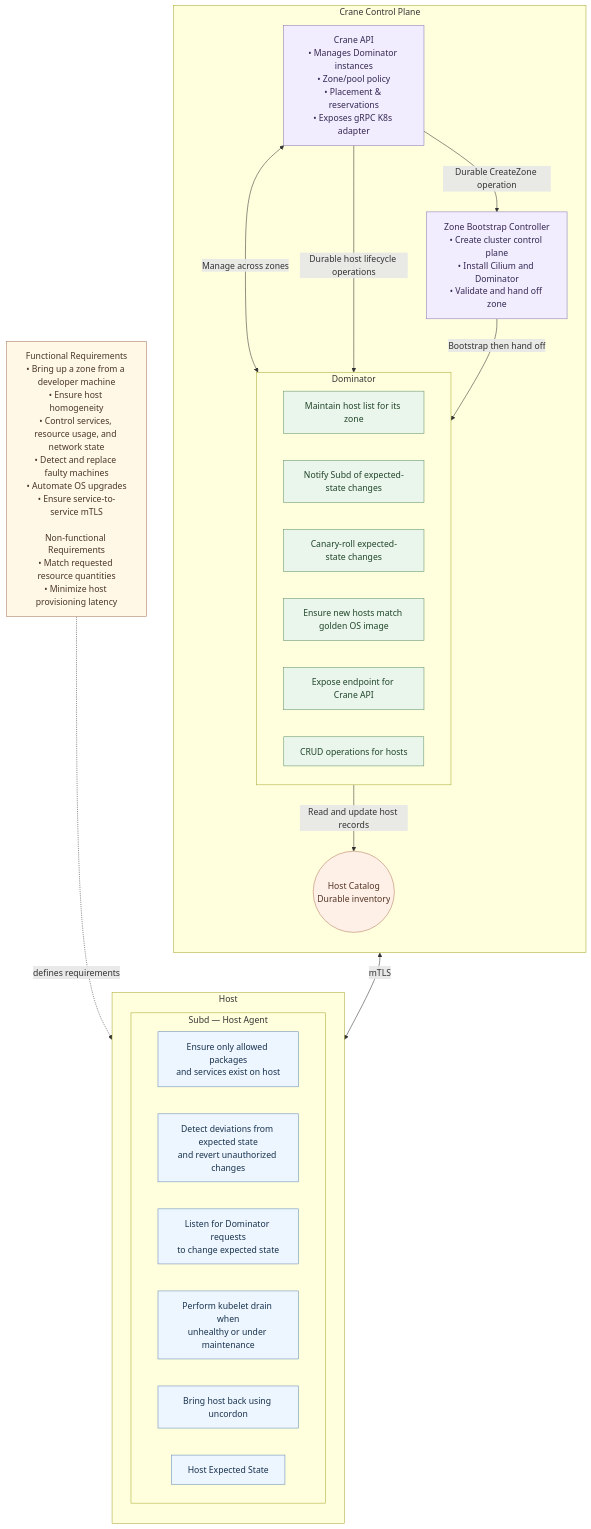
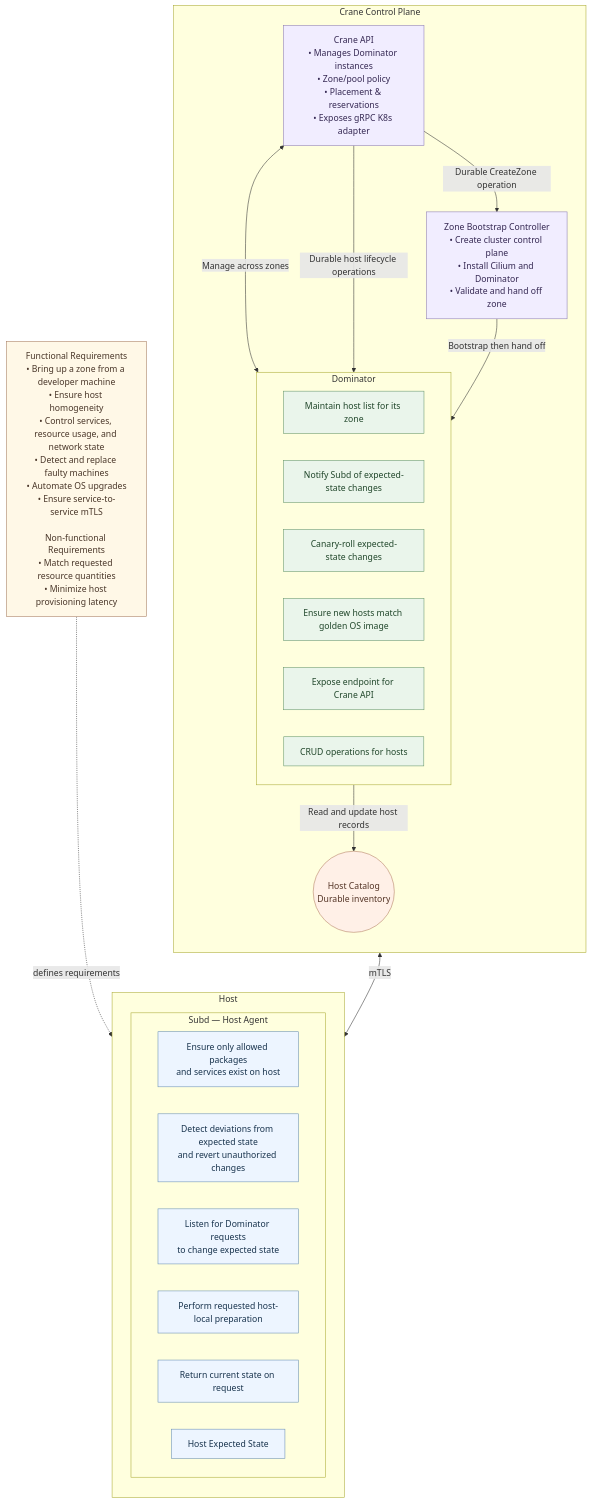
One commit to nabutabu/crane-oss changed the diagram in docs/implementation-plan.md. Above: the diagram before and after it, drawn with Mermaid. The commit also changed other lines of this file and 17 other files, not shown here.

Commit message:
feat(subd): serve request-driven host state over private mTLS

````diff
--- a/docs/implementation-plan.md
+++ b/docs/implementation-plan.md
@@ -15,54 +15,54 @@
 ```mermaid
 flowchart TB
     REQ["Functional Requirements<br/>• Bring up a zone from a developer machine<br/>• Ensure host homogeneity<br/>• Control services, resource usage, and network state<br/>• Detect and replace faulty machines<br/>• Automate OS upgrades<br/>• Ensure service-to-service mTLS<br/><br/>Non-functional Requirements<br/>• Match requested resource quantities<br/>• Minimize host provisioning latency"]
 
     subgraph HOST["Host"]
         direction TB
         subgraph SUBD["Subd — Host Agent"]
             S1["Ensure only allowed packages<br/>and services exist on host"]
             S2["Detect deviations from expected state<br/>and revert unauthorized changes"]
             S3["Listen for Dominator requests<br/>to change expected state"]
-            S4["Perform kubelet drain when<br/>unhealthy or under maintenance"]
-            S5["Bring host back using uncordon"]
+            S4["Perform requested host-local preparation"]
+            S5["Return current state on request"]
 
             STATE["Host Expected State"]
         end
     end
 
     subgraph CONTROL["Crane Control Plane"]
         direction TB
         subgraph DOM["Dominator"]
             D1["Maintain host list for its zone"]
             D2["Notify Subd of expected-state changes"]
             D3["Canary-roll expected-state changes"]
             D4["Ensure new hosts match golden OS image"]
             D5["Expose endpoint for Crane API"]
             D6["CRUD operations for hosts"]
         end
 
         CATALOG(("Host Catalog<br/>Durable inventory"))
 
         API["Crane API<br/>• Manages Dominator instances<br/>• Zone/pool policy<br/>• Placement & reservations<br/>• Exposes gRPC K8s adapter"]
         BOOT["Zone Bootstrap Controller<br/>• Create cluster control plane<br/>• Install Cilium and Dominator<br/>• Validate and hand off zone"]
     end
 
     REQ -. defines requirements .-> SUBD
     DOM <-->|mTLS| SUBD
     DOM -->|Read and update host records| CATALOG
     API <-->|Manage across zones| DOM
     API -->|Durable host lifecycle operations| DOM
     API -->|Durable CreateZone operation| BOOT
     BOOT -->|Bootstrap then hand off| DOM
 
     classDef requirements fill:#fff8e7,stroke:#a47b61,color:#493629
     classDef agent fill:#edf5ff,stroke:#668db3,color:#18334d
     classDef controller fill:#eaf5eb,stroke:#64956a,color:#20462a
     classDef database fill:#fff0e7,stroke:#b27c60,color:#543426
     classDef api fill:#f1edff,stroke:#8a79b5,color:#342752
 
     class REQ requirements
     class S1,S2,S3,S4,S5,STATE agent
     class D1,D2,D3,D4,D5,D6 controller
     class CATALOG database
     class API,BOOT api
 ```
````
